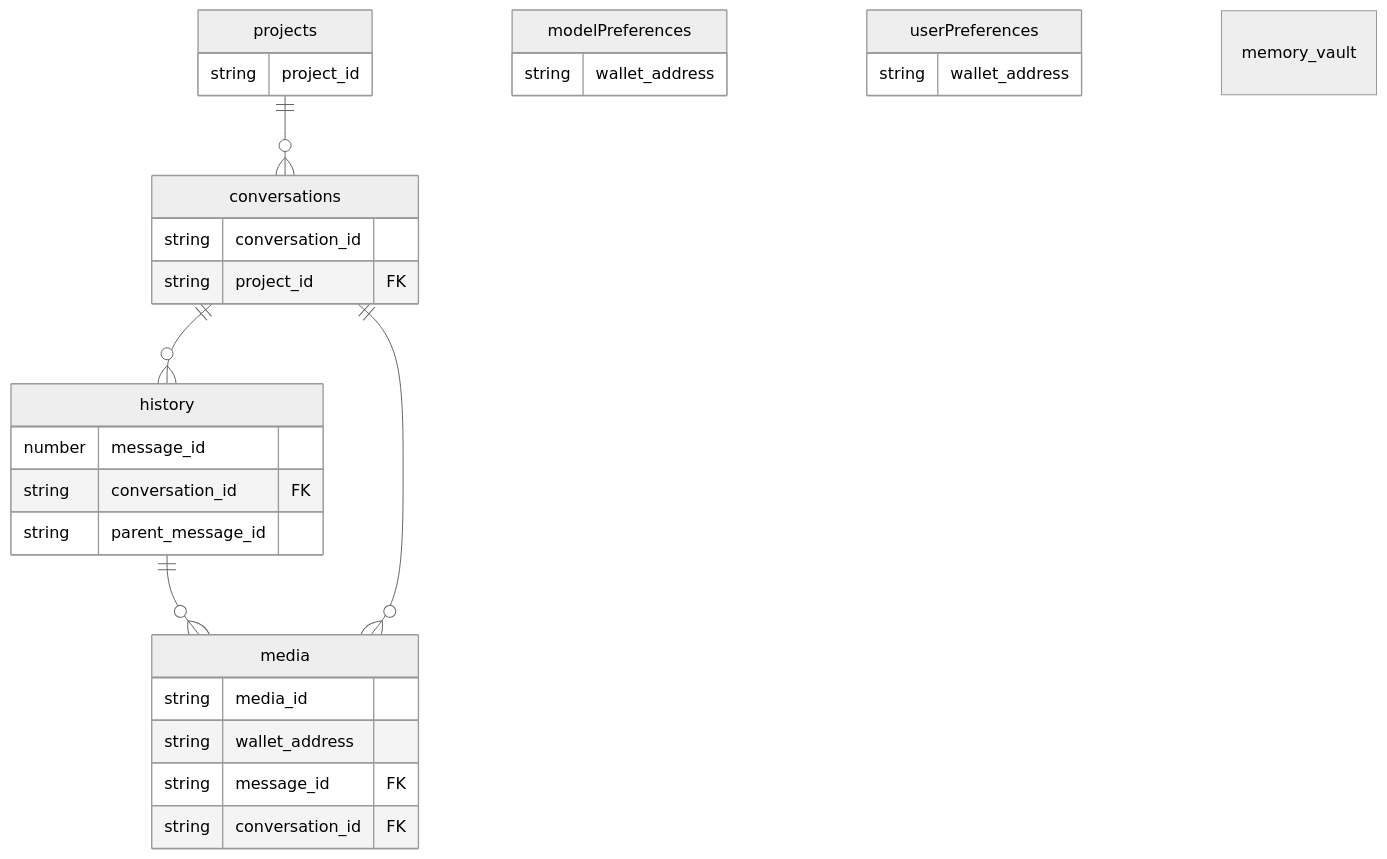
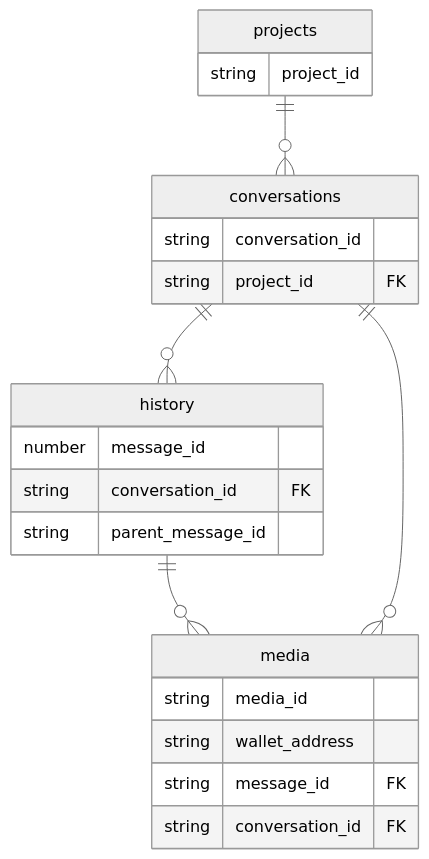
The diagram in docs/schema.md (anuma-ai/sdk), drawn with Mermaid (neutral theme) before and after one commit. The commit also changed 1 other file, not shown here.

Commit message:
docs: exclude standalone tables from ER diagram
Tables without relationships (memory_vault, userPreferences,
modelPreferences) are omitted from the diagram since they add
no relationship info. They remain in the table sections below.

````diff
--- a/docs/schema.md
+++ b/docs/schema.md
@@ -5,33 +5,25 @@
 ```mermaid
 erDiagram
     history {
         number message_id
         string conversation_id FK
         string parent_message_id
     }
     conversations {
         string conversation_id
         string project_id FK
     }
     projects {
         string project_id
     }
-    modelPreferences {
-        string wallet_address
-    }
-    userPreferences {
-        string wallet_address
-    }
-    memory_vault {
-    }
     media {
         string media_id
         string wallet_address
         string message_id FK
         string conversation_id FK
     }
     conversations ||--o{ history : ""
     history ||--o{ media : ""
     projects ||--o{ conversations : ""
     conversations ||--o{ media : ""
 ```
````
